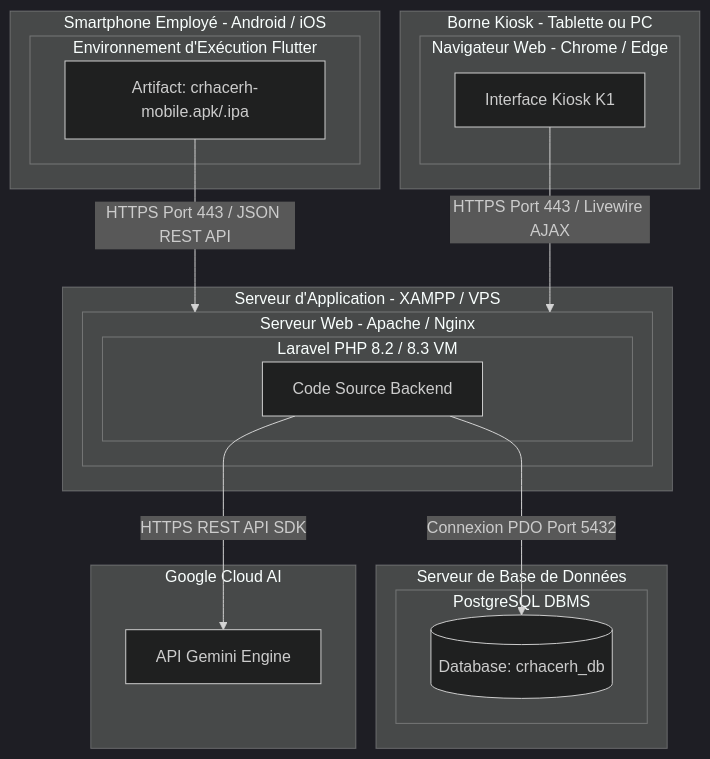
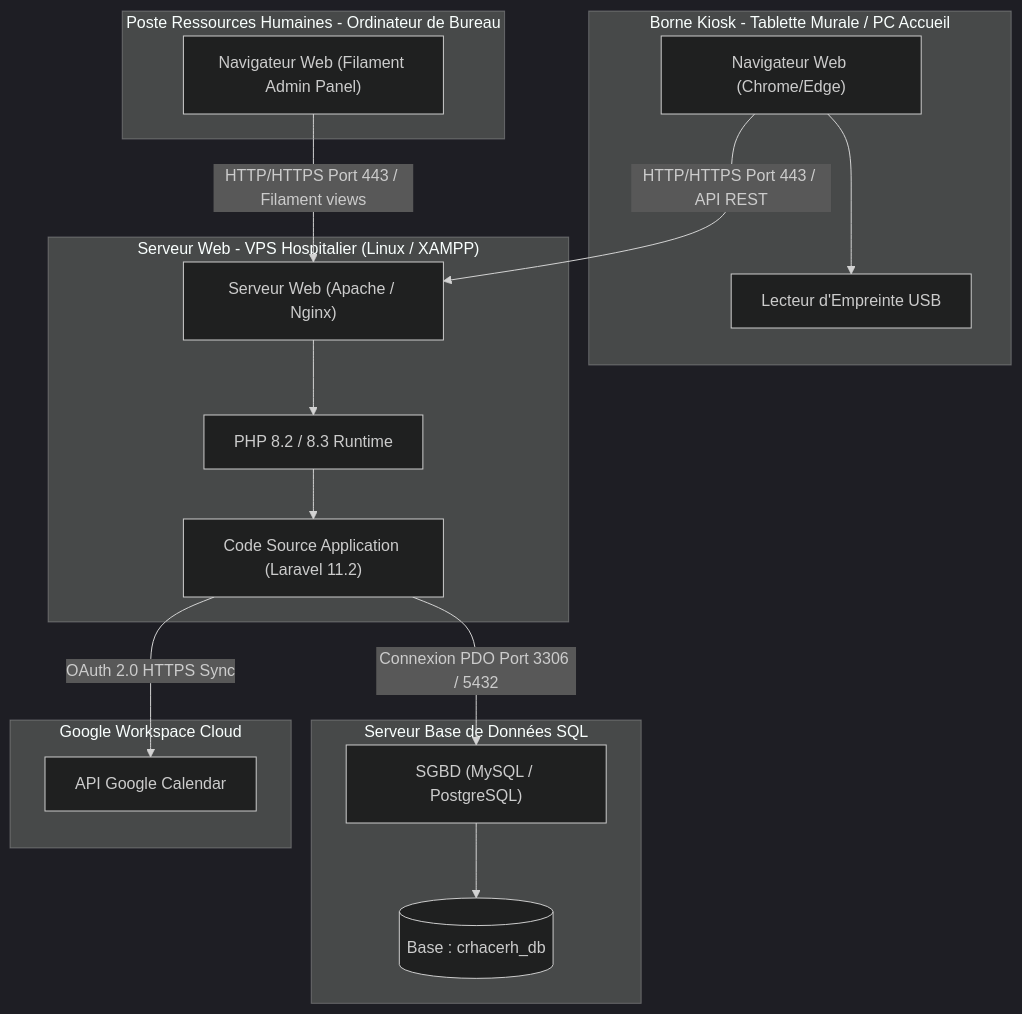
One commit to Evrad15/C.H.R.A.C.E.R.H changed the ninth of 14 diagrams in rapport_de_stage_diagrammes.md. Above: the diagram before and after it, drawn with Mermaid (dark theme). The commit also changed other lines of this file and 19 other files, not shown here.

Commit message:
docs: update project README and documentation with comprehensive architectural diagrams and feature specifications

````diff
--- a/rapport_de_stage_diagrammes.md
+++ b/rapport_de_stage_diagrammes.md
@@ -282,37 +286,36 @@
 ```mermaid
 graph TD
-    subgraph MobileDevice [Smartphone Employé - Android / iOS]
-        subgraph FlutterRuntime [Environnement d'Exécution Flutter]
-            MobileApp["Artifact: crhacerh-mobile.apk/.ipa"]
-        end
+    subgraph Borne ["Borne Kiosk - Tablette Murale / PC Accueil"]
+        Navigateur["Navigateur Web (Chrome/Edge)"]
+        FingerprintHardware["Lecteur d'Empreinte USB"]
+        Navigateur --> FingerprintHardware
     end
 
-    subgraph KioskTerminal [Borne Kiosk - Tablette ou PC]
-        subgraph Browser [Navigateur Web - Chrome / Edge]
-            KioskApp["Interface Kiosk K1"]
-        end
+    subgraph PC_RH ["Poste Ressources Humaines - Ordinateur de Bureau"]
+        NavigateurRH["Navigateur Web (Filament Admin Panel)"]
     end
 
-    subgraph ApplicationServer [Serveur d'Application - XAMPP / VPS]
-        subgraph WebServer [Serveur Web - Apache / Nginx]
-            subgraph LaravelEnv [Laravel PHP 8.2 / 8.3 VM]
-                LaravelApp["Code Source Backend"]
-            end
-        end
+    subgraph WebServer ["Serveur Web - VPS Hospitalier (Linux / XAMPP)"]
+        WebServerEngine["Serveur Web (Apache / Nginx)"]
+        PHP_Runtime["PHP 8.2 / 8.3 Runtime"]
+        LaravelApp["Code Source Application (Laravel 11.2)"]
+        
+        WebServerEngine --> PHP_Runtime
+        PHP_Runtime --> LaravelApp
     end
 
-    subgraph DatabaseServer [Serveur de Base de Données]
-        subgraph PostgresDBMS [PostgreSQL DBMS]
-            db[("Database: crhacerh_db")]
-        end
+    subgraph DB_Server ["Serveur Base de Données SQL"]
+        SQL_Engine["SGBD (MySQL / PostgreSQL)"]
+        SQL_Data[(Base : crhacerh_db)]
+        SQL_Engine --> SQL_Data
     end
 
-    subgraph GeminiCloud [Google Cloud AI]
-        GeminiService["API Gemini Engine"]
+    subgraph GoogleCalendarCloud ["Google Workspace Cloud"]
+        CalendarService["API Google Calendar"]
     end
 
-    MobileApp -->|HTTPS Port 443 / JSON REST API| WebServer
-    KioskApp -->|HTTPS Port 443 / Livewire AJAX| WebServer
-    LaravelApp -->|Connexion PDO Port 5432| db
-    LaravelApp -->|HTTPS REST API SDK| GeminiService
+    Navigateur -->|HTTP/HTTPS Port 443 / API REST| WebServerEngine
+    NavigateurRH -->|HTTP/HTTPS Port 443 / Filament views| WebServerEngine
+    LaravelApp -->|Connexion PDO Port 3306 / 5432| SQL_Engine
+    LaravelApp -->|OAuth 2.0 HTTPS Sync| CalendarService
 ```
````
